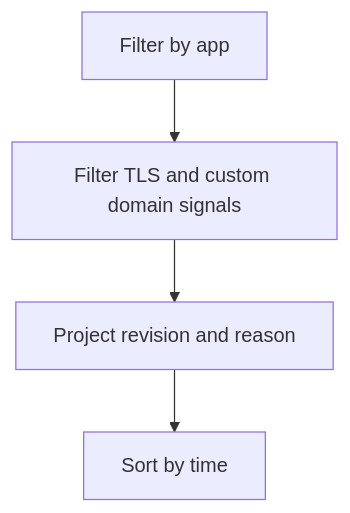
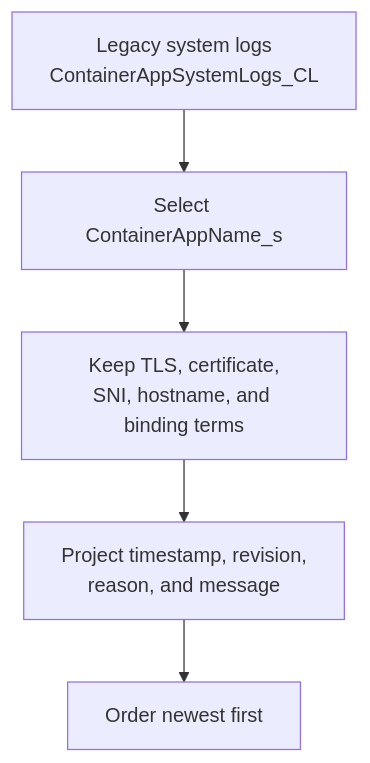
Before and after one commit to yeongseon/azure-container-apps-practical-guide: the diagram in docs/troubleshooting/kql/ingress-and-networking/tls-handshake-errors.md, drawn with Mermaid. The commit also changed other lines of this file and 22 other files, not shown here.

First line of the commit message:
docs(diagrams): migrate KQL diagnostic flows (#622)

````diff
--- a/docs/troubleshooting/kql/ingress-and-networking/tls-handshake-errors.md
+++ b/docs/troubleshooting/kql/ingress-and-networking/tls-handshake-errors.md
@@ -36,4 +36,10 @@
 ```mermaid
 flowchart TD
-    A[Filter by app] --> B[Filter TLS and custom domain signals] --> C[Project revision and reason] --> D[Sort by time]
+    accTitle: Query legacy system logs for TLS and custom-domain signals
+    accDescr: The query selects one app, keeps TLS, certificate, custom-domain, SNI, hostname, and binding terms, projects revision and reason context, and sorts results from newest to oldest.
+
+    SOURCE[Legacy system logs<br/>ContainerAppSystemLogs_CL] --> APP[Select ContainerAppName_s]
+    APP --> SIGNALS[Keep TLS, certificate,<br/>SNI, hostname, and binding terms]
+    SIGNALS --> CONTEXT[Project timestamp, revision,<br/>reason, and message]
+    CONTEXT --> RESULT[Order newest first]
 ```
````
